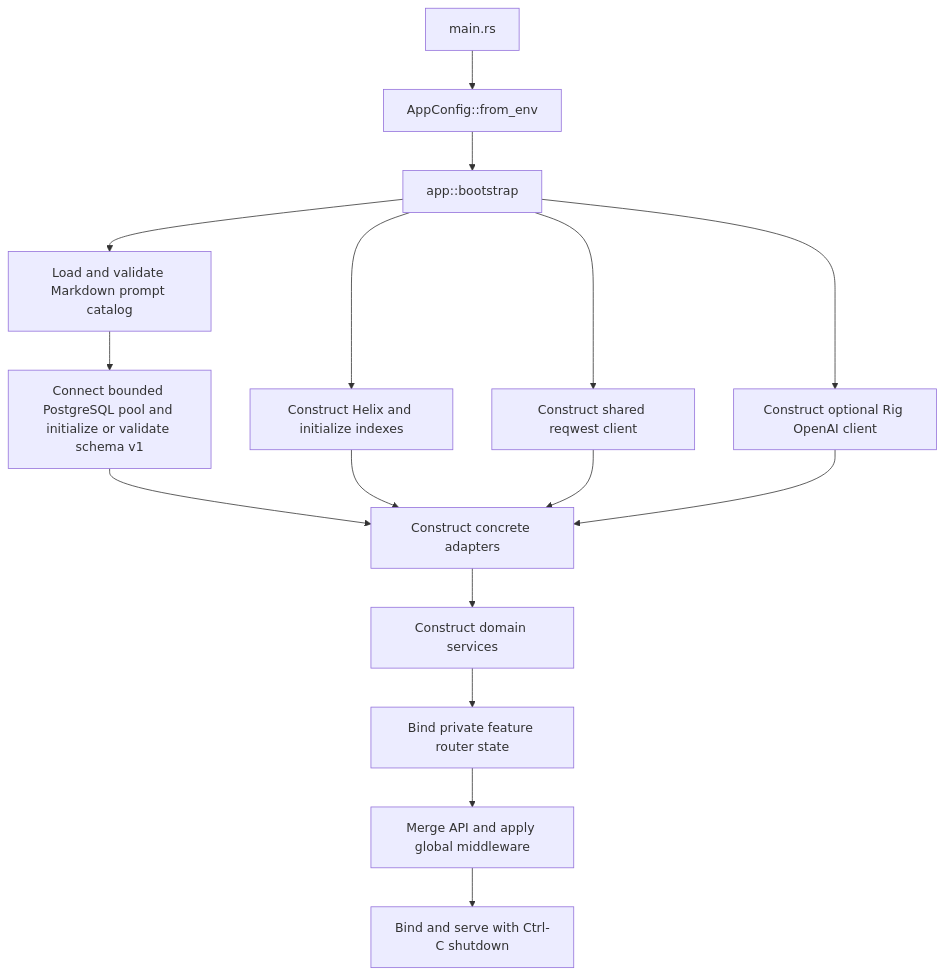
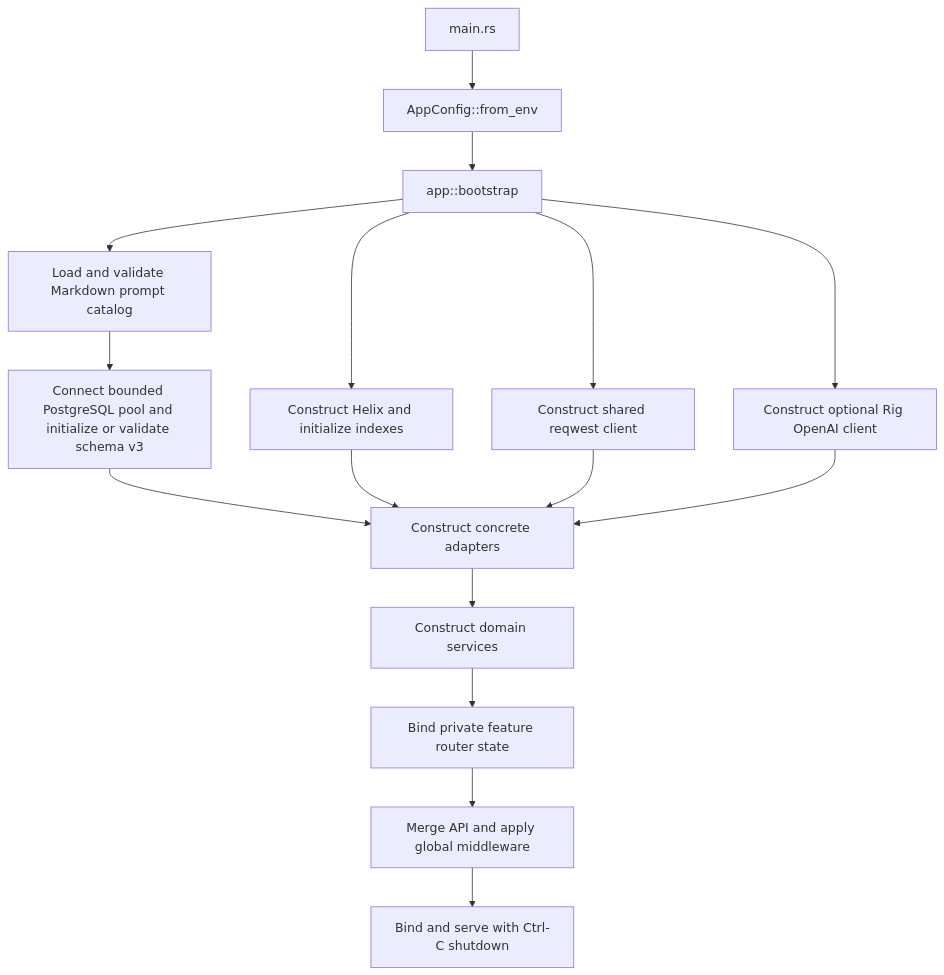
One commit to ratik-gambhir-WM/Quarry changed the second of 2 diagrams in docs/ARCHITECTURE.md. Above: the diagram before and after it, drawn with Mermaid. The commit also changed other lines of this file and 86 other files, not shown here.

````diff
--- a/docs/ARCHITECTURE.md
+++ b/docs/ARCHITECTURE.md
@@ -1518,18 +1505,18 @@
 ```mermaid
 flowchart TD
     Main[main.rs] --> Config[AppConfig::from_env]
     Config --> Bootstrap[app::bootstrap]
     Bootstrap --> Prompts[Load and validate Markdown prompt catalog]
-    Prompts --> Postgres[Connect bounded PostgreSQL pool and initialize or validate schema v1]
+    Prompts --> Postgres[Connect bounded PostgreSQL pool and initialize or validate schema v3]
     Bootstrap --> Helix[Construct Helix and initialize indexes]
     Bootstrap --> Http[Construct shared reqwest client]
     Bootstrap --> Rig[Construct optional Rig OpenAI client]
     Postgres --> Adapters[Construct concrete adapters]
     Helix --> Adapters
     Http --> Adapters
     Rig --> Adapters
     Adapters --> Domains[Construct domain services]
     Domains --> FeatureRouters[Bind private feature router state]
     FeatureRouters --> Router[Merge API and apply global middleware]
     Router --> Serve[Bind and serve with Ctrl-C shutdown]
 ```
````
